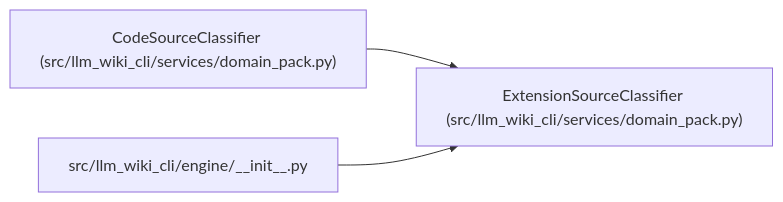
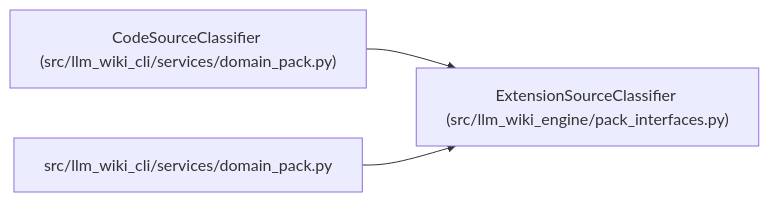
The diagram in docs/llm_wiki/entities/ExtensionSourceClassifier.md (Denissvgn/python-wiki-llm), drawn with Mermaid before and after one commit. The commit also changed other lines of this file and 585 other files, not shown here.

Commit message:
docs: refresh the wiki for per-engine integrations

````diff
--- a/docs/llm_wiki/entities/ExtensionSourceClassifier.md
+++ b/docs/llm_wiki/entities/ExtensionSourceClassifier.md
@@ -33,11 +33,11 @@
 ```mermaid
 flowchart LR
-    n0["ExtensionSourceClassifier (src/llm_wiki_cli/services/domain_pack.py)"]
+    n0["ExtensionSourceClassifier (src/llm_wiki_engine/pack_interfaces.py)"]
     n1["CodeSourceClassifier (src/llm_wiki_cli/services/domain_pack.py)"]
-    n2["src/llm_wiki_cli/engine/__init__.py"]
+    n2["src/llm_wiki_cli/services/domain_pack.py"]
     n1 --> n0
     n2 --> n0
-    click n0 "../modules/domain_pack.md"
+    click n0 "../modules/pack_interfaces.md"
     click n1 "../modules/domain_pack.md"
-    click n2 "../modules/engine___init__.md"
+    click n2 "../modules/domain_pack.md"
 ```
````
